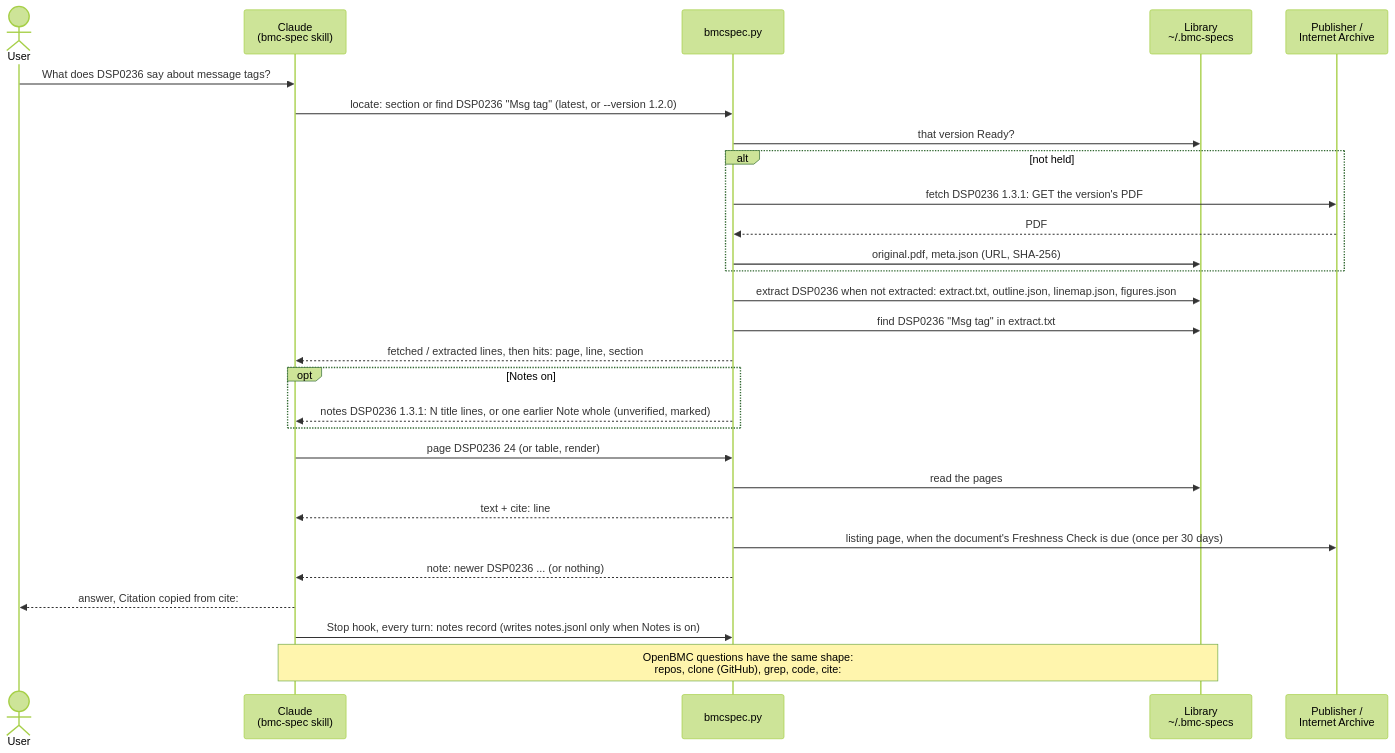
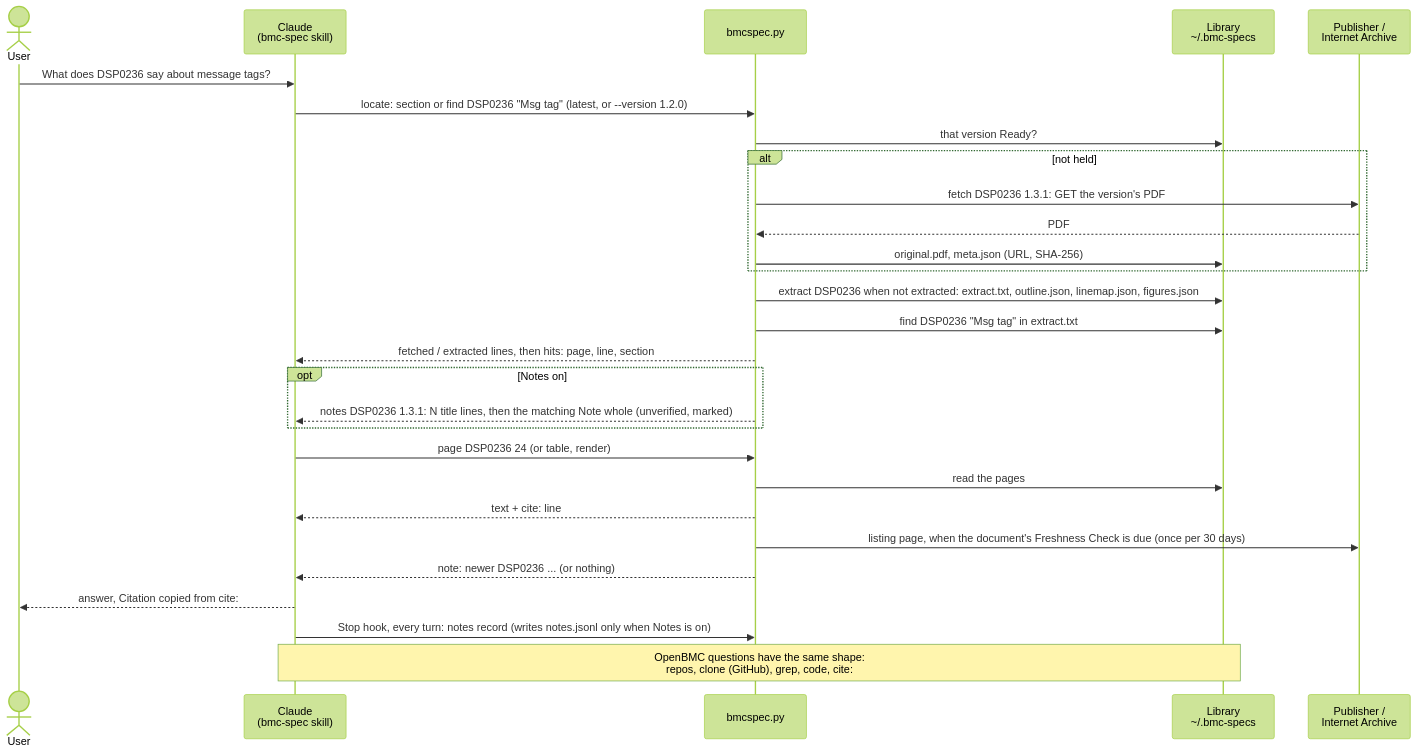
The second of 2 diagrams in README.md (ianmhuang/bmc-toolkit), drawn with Mermaid (forest theme) before and after one commit. The commit also changed other lines of this file, not shown here.

First line of the commit message:
Round 1: keep the hook's install location, fix the Notes reply wording

````diff
--- a/README.md
+++ b/README.md
@@ -81,30 +82,30 @@
 ```mermaid
 sequenceDiagram
     actor User
     participant Claude as Claude<br/>(bmc-spec skill)
     participant CLI as bmcspec.py
     participant Lib as Library<br/>~/.bmc-specs
     participant Pub as Publisher /<br/>Internet Archive
     User->>Claude: What does DSP0236 say about message tags?
     Claude->>CLI: locate: section or find DSP0236 "Msg tag" (latest, or --version 1.2.0)
     CLI->>Lib: that version Ready?
     alt not held
         CLI->>Pub: fetch DSP0236 1.3.1: GET the version's PDF
         Pub-->>CLI: PDF
         CLI->>Lib: original.pdf, meta.json (URL, SHA-256)
     end
     CLI->>Lib: extract DSP0236 when not extracted: extract.txt, outline.json, linemap.json, figures.json
     CLI->>Lib: find DSP0236 "Msg tag" in extract.txt
     CLI-->>Claude: fetched / extracted lines, then hits: page, line, section
     opt Notes on
-        CLI-->>Claude: notes DSP0236 1.3.1: N title lines, or one earlier Note whole (unverified, marked)
+        CLI-->>Claude: notes DSP0236 1.3.1: N title lines, then the matching Note whole (unverified, marked)
     end
     Claude->>CLI: page DSP0236 24 (or table, render)
     CLI->>Lib: read the pages
     CLI-->>Claude: text + cite: line
     CLI->>Pub: listing page, when the document's Freshness Check is due (once per 30 days)
     CLI-->>Claude: note: newer DSP0236 ... (or nothing)
     Claude-->>User: answer, Citation copied from cite:
     Claude->>CLI: Stop hook, every turn: notes record (writes notes.jsonl only when Notes is on)
     Note over Claude,Lib: OpenBMC questions have the same shape:<br/>repos, clone (GitHub), grep, code, cite:
 ```
````
